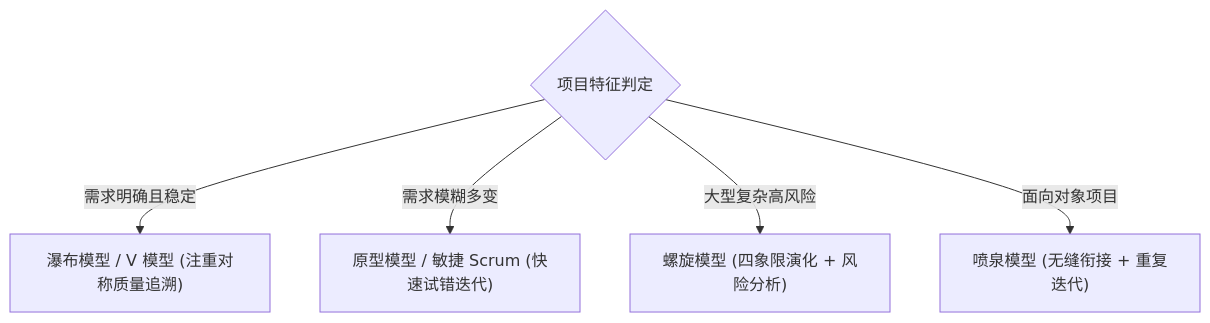
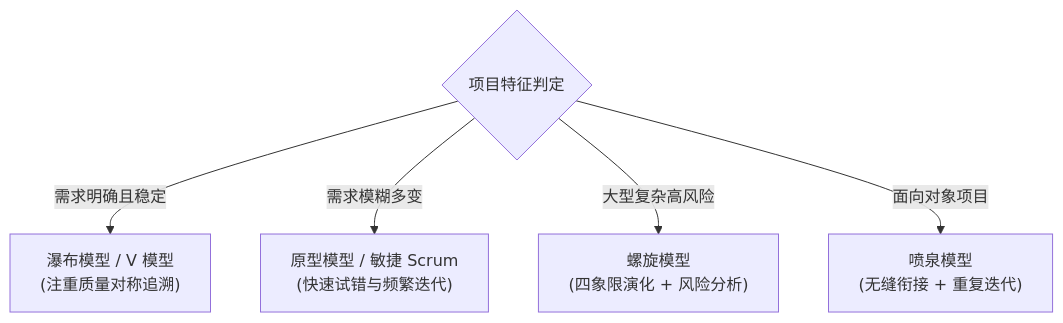
The diagram in docs/am-general/03-software-engineering/01-软件开发模型与敏捷方法辨析.md (atengk/ruankao-software-designer), drawn with Mermaid before and after one commit. The commit also changed 5 other files, not shown here.

Commit message:
fix(mermaid): 解决流程图节点文字自动折行导致的截断与高度溢出问题

````diff
--- a/docs/am-general/03-software-engineering/01-软件开发模型与敏捷方法辨析.md
+++ b/docs/am-general/03-software-engineering/01-软件开发模型与敏捷方法辨析.md
@@ -51,7 +51,7 @@
 ```mermaid
 flowchart TD
-    Q1{"项目特征判定"} -->|需求明确且稳定| M1["瀑布模型 / V 模型 (注重对称质量追溯)"]
-    Q1 -->|需求模糊多变| M2["原型模型 / 敏捷 Scrum (快速试错迭代)"]
-    Q1 -->|大型复杂高风险| M3["螺旋模型 (四象限演化 + 风险分析)"]
-    Q1 -->|面向对象项目| M4["喷泉模型 (无缝衔接 + 重复迭代)"]
+    Q1{"项目特征判定"} -->|需求明确且稳定| M1["瀑布模型 / V 模型<br/>(注重质量对称追溯)"]
+    Q1 -->|需求模糊多变| M2["原型模型 / 敏捷 Scrum<br/>(快速试错与频繁迭代)"]
+    Q1 -->|大型复杂高风险| M3["螺旋模型<br/>(四象限演化 + 风险分析)"]
+    Q1 -->|面向对象项目| M4["喷泉模型<br/>(无缝衔接 + 重复迭代)"]
 ```
````
